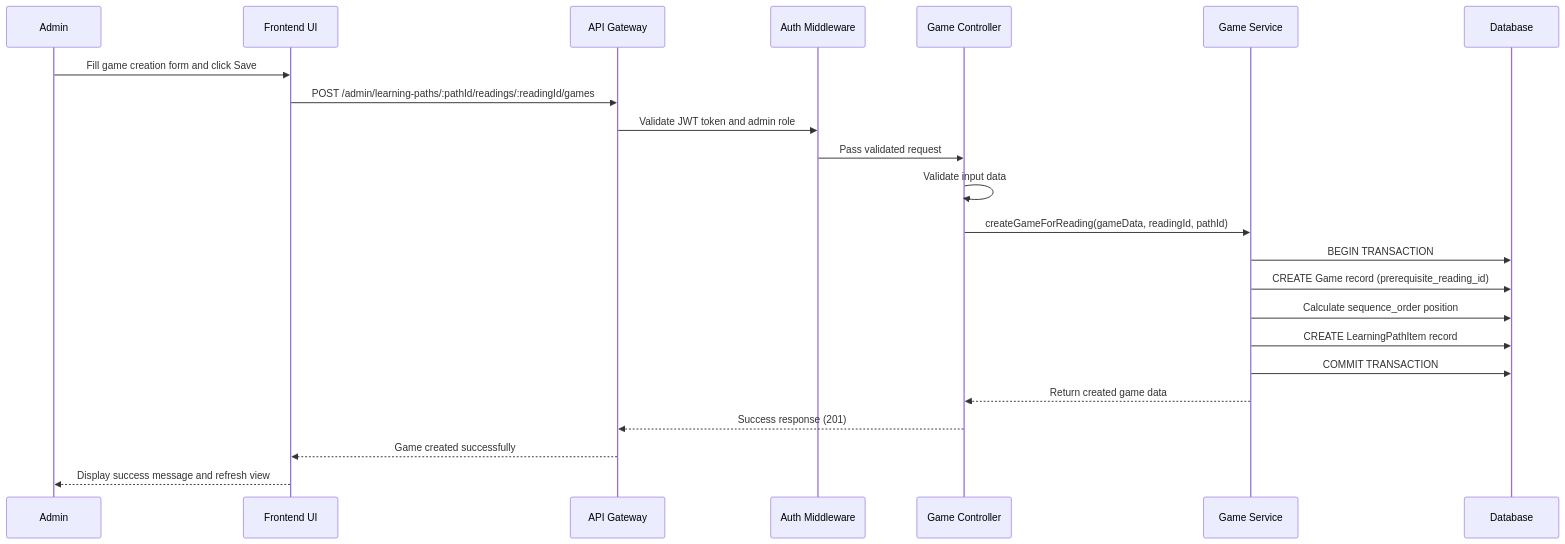
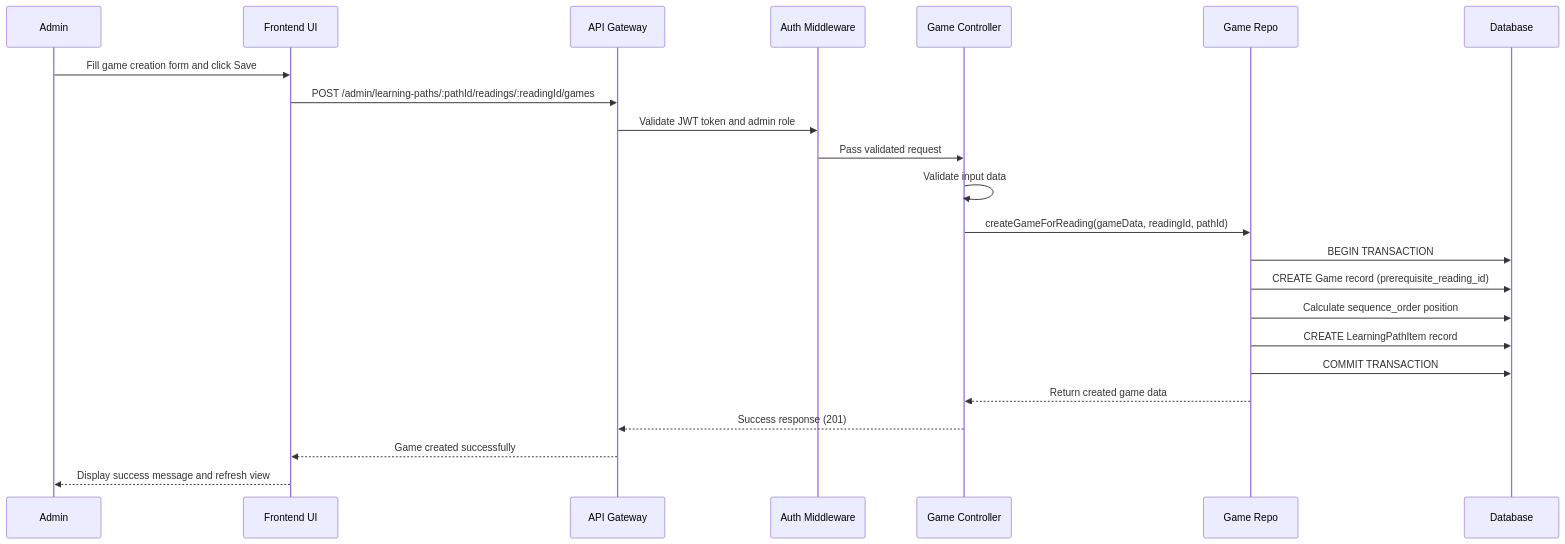
Before and after one commit to NgTuanHung051103/docs: the first of 2 diagrams in thanhlm/UC_G01_Create_Game.md, drawn with Mermaid. The commit also changed other lines of this file, not shown here.

````diff
--- a/thanhlm/UC_G01_Create_Game.md
+++ b/thanhlm/UC_G01_Create_Game.md
@@ -275,29 +275,29 @@
 ```mermaid
 sequenceDiagram
     participant Admin
     participant Frontend as Frontend UI
     participant Gateway as API Gateway
     participant Auth as Auth Middleware
     participant Controller as Game Controller
-    participant Service as Game Service
+    participant Repo as Game Repo
     participant DB as Database
 
     Admin->>Frontend: Fill game creation form and click Save
     Frontend->>Gateway: POST /admin/learning-paths/:pathId/readings/:readingId/games
     Gateway->>Auth: Validate JWT token and admin role
     Auth->>Controller: Pass validated request
     
     Controller->>Controller: Validate input data
-    Controller->>Service: createGameForReading(gameData, readingId, pathId)
+    Controller->>Repo: createGameForReading(gameData, readingId, pathId)
     
-    Service->>DB: BEGIN TRANSACTION
-    Service->>DB: CREATE Game record (prerequisite_reading_id)
-    Service->>DB: Calculate sequence_order position
-    Service->>DB: CREATE LearningPathItem record
-    Service->>DB: COMMIT TRANSACTION
+    Repo->>DB: BEGIN TRANSACTION
+    Repo->>DB: CREATE Game record (prerequisite_reading_id)
+    Repo->>DB: Calculate sequence_order position
+    Repo->>DB: CREATE LearningPathItem record
+    Repo->>DB: COMMIT TRANSACTION
     
-    Service-->>Controller: Return created game data
+    Repo-->>Controller: Return created game data
     Controller-->>Gateway: Success response (201)
     Gateway-->>Frontend: Game created successfully
     Frontend-->>Admin: Display success message and refresh view
 ```
````
